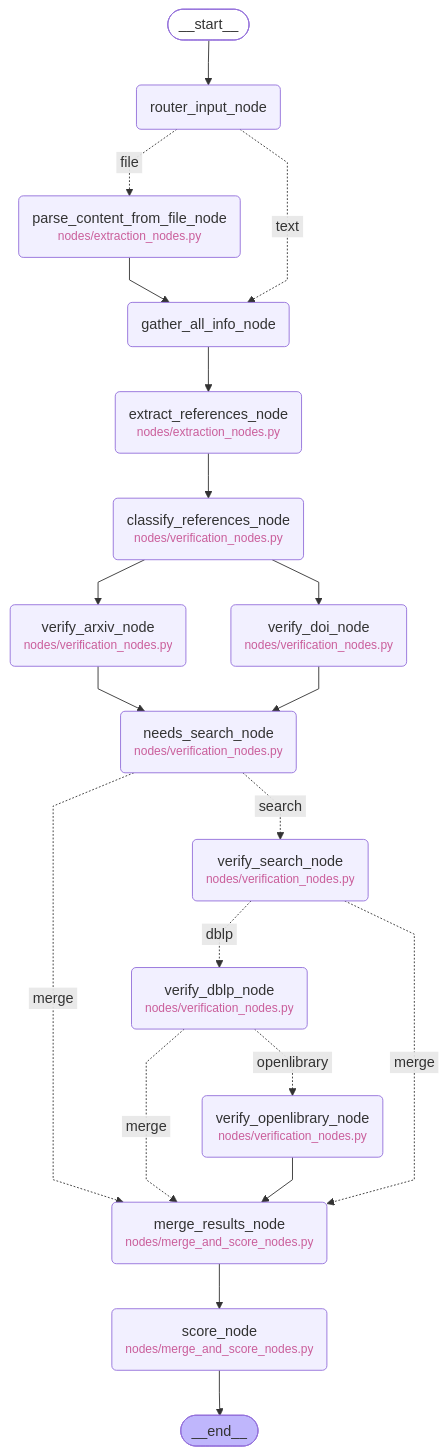
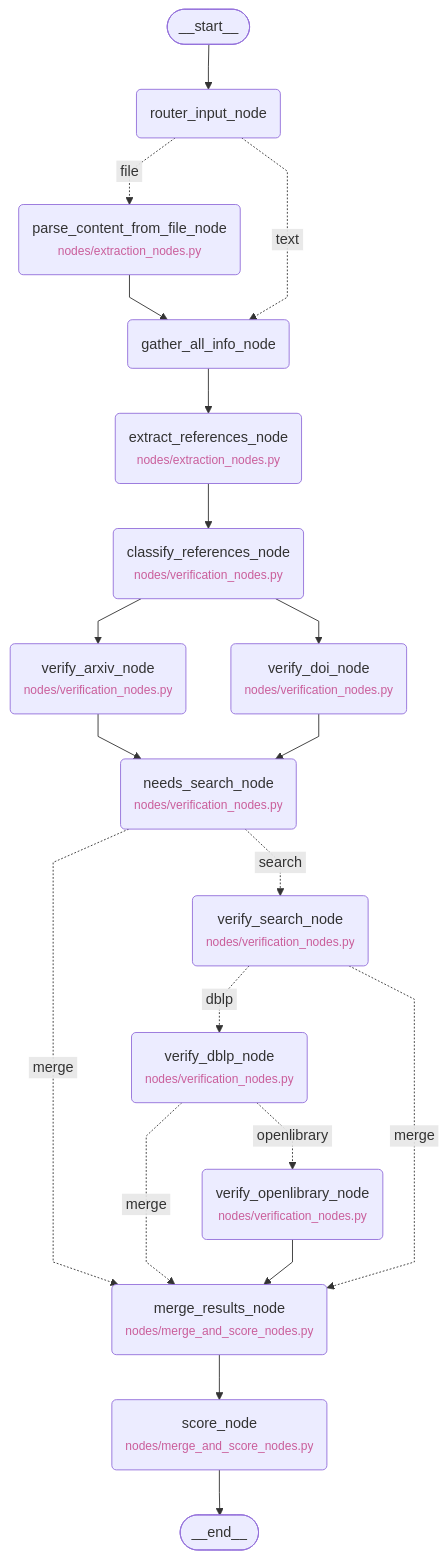
Before and after one commit to danilotpnta/citeguard: the diagram in config/pipeline/citeguard/v4/pipeline_v4.mmd, drawn with Mermaid. The commit also changed 2 other files, not shown here.

Commit message:
rm `classDef` set by langgrpah

```diff
--- a/config/pipeline/citeguard/v4/pipeline_v4.mmd
+++ b/config/pipeline/citeguard/v4/pipeline_v4.mmd
@@ -1,43 +1,40 @@
 ---
 config:
   flowchart:
     curve: linear
 ---
 graph TD;
 	__start__([<p>__start__</p>]):::first
 	router_input_node(router_input_node)
 	gather_all_info_node(gather_all_info_node)
+	needs_search_node(needs_search_node<br/><small><font color="#ca5e9b">nodes/verification_nodes.py</font></small>)
+	verify_openlibrary_node(verify_openlibrary_node<br/><small><font color="#ca5e9b">nodes/verification_nodes.py</font></small>)
+	classify_references_node(classify_references_node<br/><small><font color="#ca5e9b">nodes/verification_nodes.py</font></small>)
+	parse_content_from_file_node(parse_content_from_file_node<br/><small><font color="#ca5e9b">nodes/extraction_nodes.py</font></small>)
+	verify_search_node(verify_search_node<br/><small><font color="#ca5e9b">nodes/verification_nodes.py</font></small>)
+	extract_references_node(extract_references_node<br/><small><font color="#ca5e9b">nodes/extraction_nodes.py</font></small>)
+	score_node(score_node<br/><small><font color="#ca5e9b">nodes/merge_and_score_nodes.py</font></small>)
 	merge_results_node(merge_results_node<br/><small><font color="#ca5e9b">nodes/merge_and_score_nodes.py</font></small>)
-	parse_content_from_file_node(parse_content_from_file_node<br/><small><font color="#ca5e9b">nodes/extraction_nodes.py</font></small>)
-	extract_references_node(extract_references_node<br/><small><font color="#ca5e9b">nodes/extraction_nodes.py</font></small>)
+	verify_dblp_node(verify_dblp_node<br/><small><font color="#ca5e9b">nodes/verification_nodes.py</font></small>)
+	verify_doi_node(verify_doi_node<br/><small><font color="#ca5e9b">nodes/verification_nodes.py</font></small>)
 	verify_arxiv_node(verify_arxiv_node<br/><small><font color="#ca5e9b">nodes/verification_nodes.py</font></small>)
-	verify_doi_node(verify_doi_node<br/><small><font color="#ca5e9b">nodes/verification_nodes.py</font></small>)
-	verify_search_node(verify_search_node<br/><small><font color="#ca5e9b">nodes/verification_nodes.py</font></small>)
-	classify_references_node(classify_references_node<br/><small><font color="#ca5e9b">nodes/verification_nodes.py</font></small>)
-	verify_dblp_node(verify_dblp_node<br/><small><font color="#ca5e9b">nodes/verification_nodes.py</font></small>)
-	score_node(score_node<br/><small><font color="#ca5e9b">nodes/merge_and_score_nodes.py</font></small>)
-	verify_openlibrary_node(verify_openlibrary_node<br/><small><font color="#ca5e9b">nodes/verification_nodes.py</font></small>)
-	needs_search_node(needs_search_node<br/><small><font color="#ca5e9b">nodes/verification_nodes.py</font></small>)
 	__end__([<p>__end__</p>]):::last
 	__start__ --> router_input_node;
 	classify_references_node --> verify_arxiv_node;
 	classify_references_node --> verify_doi_node;
 	extract_references_node --> classify_references_node;
 	gather_all_info_node --> extract_references_node;
 	merge_results_node --> score_node;
 	needs_search_node -. &nbsp;merge&nbsp; .-> merge_results_node;
 	needs_search_node -. &nbsp;search&nbsp; .-> verify_search_node;
 	parse_content_from_file_node --> gather_all_info_node;
 	router_input_node -. &nbsp;text&nbsp; .-> gather_all_info_node;
 	router_input_node -. &nbsp;file&nbsp; .-> parse_content_from_file_node;
 	verify_arxiv_node --> needs_search_node;
 	verify_dblp_node -. &nbsp;merge&nbsp; .-> merge_results_node;
 	verify_dblp_node -. &nbsp;openlibrary&nbsp; .-> verify_openlibrary_node;
 	verify_doi_node --> needs_search_node;
 	verify_openlibrary_node --> merge_results_node;
 	verify_search_node -. &nbsp;merge&nbsp; .-> merge_results_node;
 	verify_search_node -. &nbsp;dblp&nbsp; .-> verify_dblp_node;
 	score_node --> __end__;
-	classDef default fill:#f2f0ff,line-height:1.2
-	classDef first fill-opacity:0
-	classDef last fill:#bfb6fc
```
